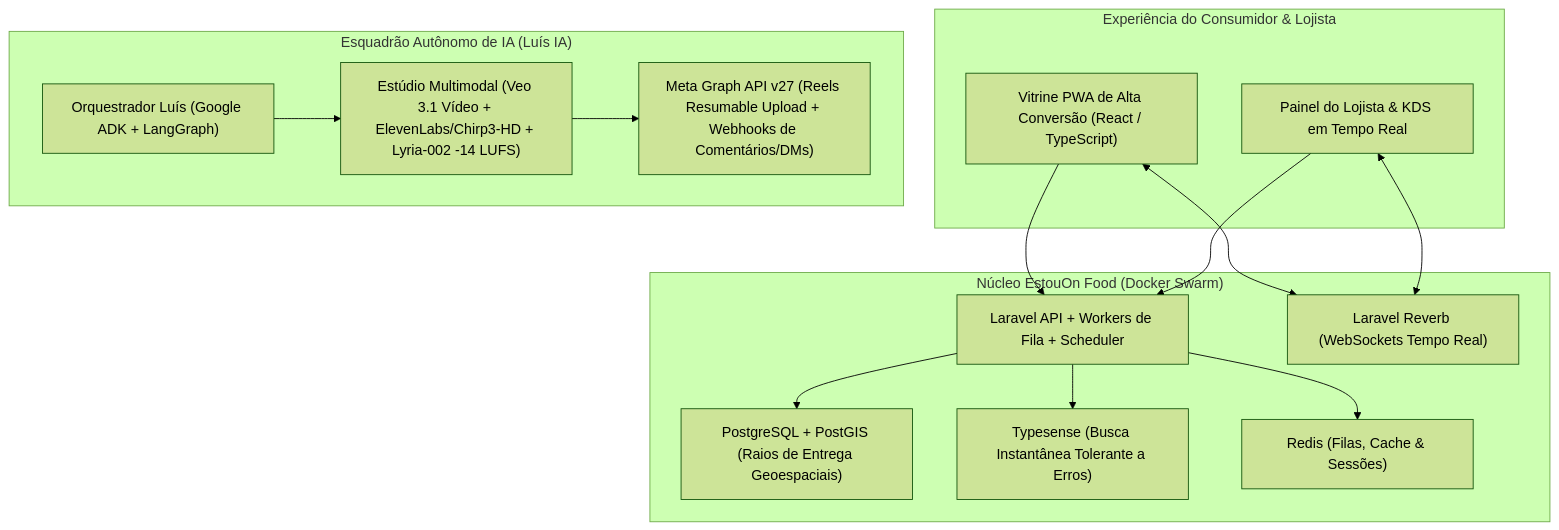
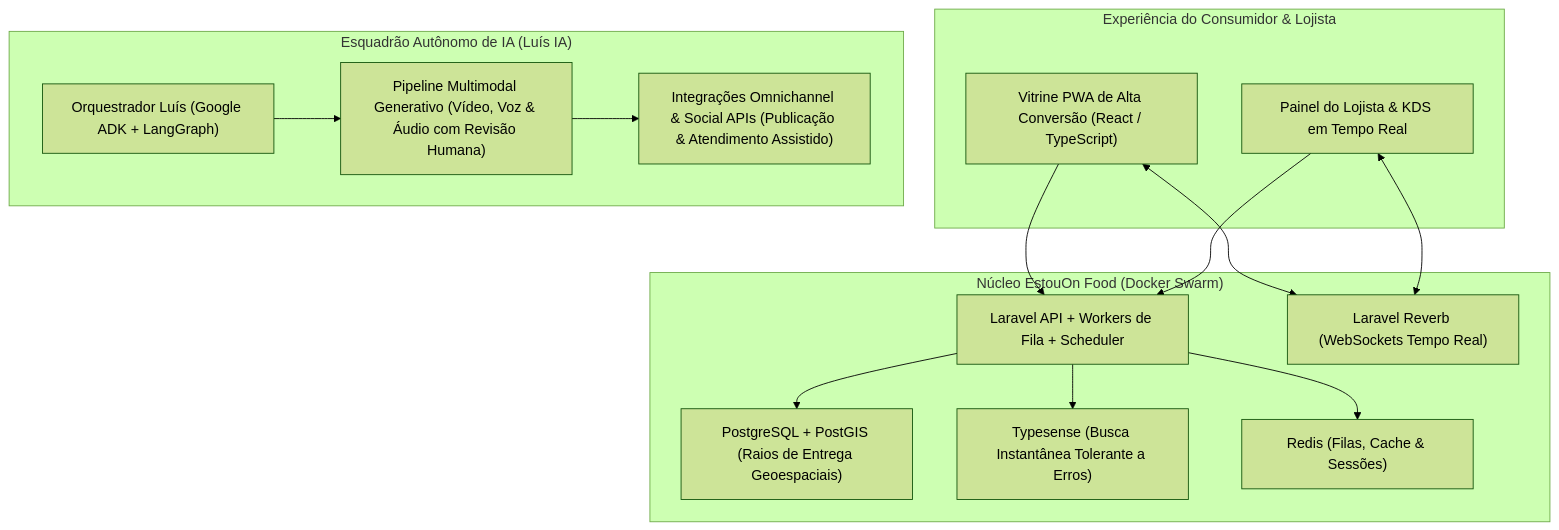
Before and after one commit to webertmaximiano/showcase-app-estouon: the diagram in README.md, drawn with Mermaid (forest theme).

Commit message:
docs: sanitize architecture showcase for OPSEC

````diff
--- a/README.md
+++ b/README.md
@@ -22,26 +22,26 @@
 ```mermaid
 flowchart TB
     subgraph Client["Experiência do Consumidor & Lojista"]
         PWA["Vitrine PWA de Alta Conversão (React / TypeScript)"]
         MERCH["Painel do Lojista & KDS em Tempo Real"]
     end
 
     subgraph Backend["Núcleo EstouOn Food (Docker Swarm)"]
         API["Laravel API + Workers de Fila + Scheduler"]
         REV["Laravel Reverb (WebSockets Tempo Real)"]
         PG["PostgreSQL + PostGIS (Raios de Entrega Geoespaciais)"]
         TS["Typesense (Busca Instantânea Tolerante a Erros)"]
         RD["Redis (Filas, Cache & Sessões)"]
     end
 
     subgraph AISquad["Esquadrão Autônomo de IA (Luís IA)"]
         LUIS["Orquestrador Luís (Google ADK + LangGraph)"]
-        STUDIO["Estúdio Multimodal (Veo 3.1 Vídeo + ElevenLabs/Chirp3-HD + Lyria-002 -14 LUFS)"]
-        META["Meta Graph API v27 (Reels Resumable Upload + Webhooks de Comentários/DMs)"]
+        STUDIO["Pipeline Multimodal Generativo (Vídeo, Voz & Áudio com Revisão Humana)"]
+        META["Integrações Omnichannel & Social APIs (Publicação & Atendimento Assistido)"]
     end
 
     PWA & MERCH --> API
     PWA & MERCH <--> REV
     API --> PG & TS & RD
     LUIS --> STUDIO --> META
 ```
````
